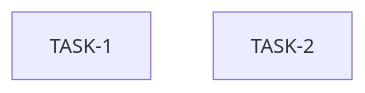
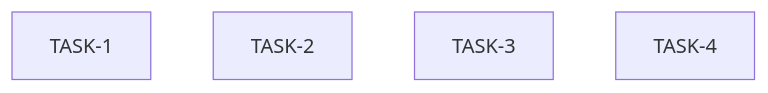
One commit to TonyWu20/castep_workflow_framework changed the diagram in notes/pr-reviews/pre-phase-4/fix-plan.md. Above: the diagram before and after it, drawn with Mermaid. The commit also changed other lines of this file and 1 other file, not shown here.

````diff
--- a/notes/pr-reviews/pre-phase-4/fix-plan.md
+++ b/notes/pr-reviews/pre-phase-4/fix-plan.md
@@ -93,5 +210,7 @@
 ```mermaid
 graph TD
   TASK-1
   TASK-2
+  TASK-3
+  TASK-4
 ```
````
